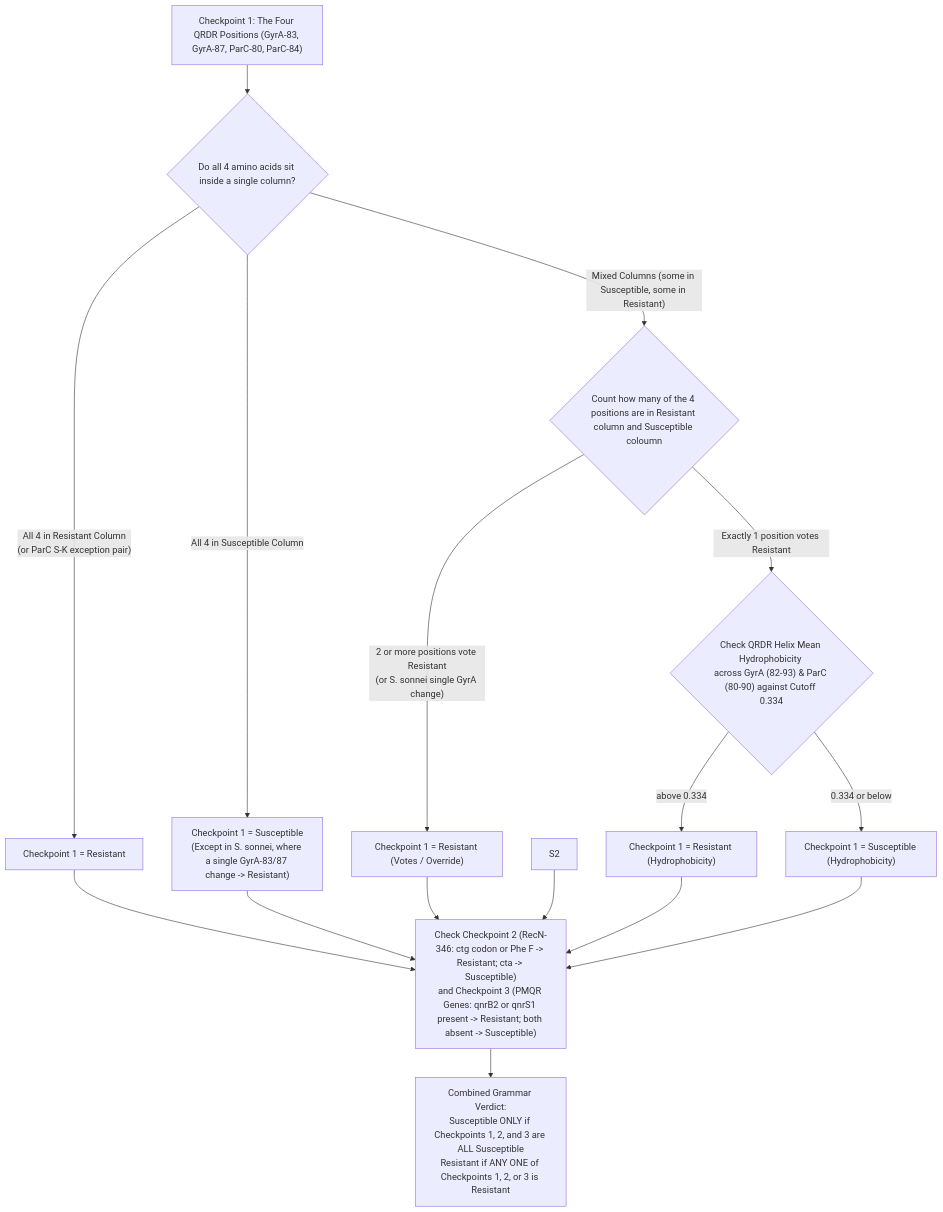
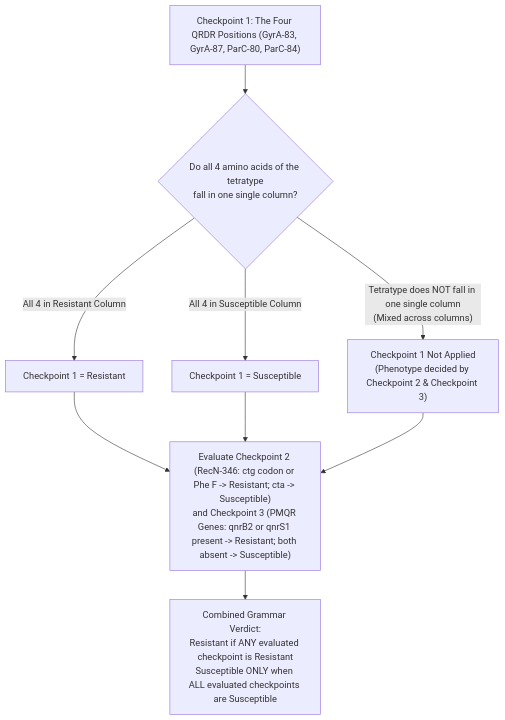
The second of 3 diagrams in readme.md (ikbalsk/Septatyper), drawn with Mermaid before and after one commit. The commit also changed other lines of this file and 1 other file, not shown here.

````diff
--- a/readme.md
+++ b/readme.md
@@ -158,13 +158,9 @@
 ```mermaid
 flowchart TD
-    A["Checkpoint 1: The Four QRDR Positions (GyrA-83, GyrA-87, ParC-80, ParC-84)"] --> B{"Do all 4 amino acids sit inside a single column?"}
-    B -- "All 4 in Resistant Column<br/>(or ParC S-K exception pair)" --> R1["Checkpoint 1 = Resistant"]
-    B -- "All 4 in Susceptible Column" --> S1["Checkpoint 1 = Susceptible<br/>(Except in S. sonnei, where a single GyrA-83/87 change -> Resistant)"]
-    B -- "Mixed Columns (some in Susceptible, some in Resistant)" --> C{"Count how many of the 4 positions are in Resistant column and Susceptible coloumn"}
-    C -- "2 or more positions vote Resistant<br/>(or S. sonnei single GyrA change)" --> R2["Checkpoint 1 = Resistant (Votes / Override)"]
-    C -- "Exactly 1 position votes Resistant" --> D{"Check QRDR Helix Mean Hydrophobicity <H><br/>across GyrA (82-93) & ParC (80-90) against Cutoff 0.334"}
-    D -- "<H> above 0.334" --> R3["Checkpoint 1 = Resistant (Hydrophobicity)"]
-    D -- "<H> 0.334 or below" --> S3["Checkpoint 1 = Susceptible (Hydrophobicity)"]
-    R1 & S1 & R2 & S2 & R3 & S3 --> E["Check Checkpoint 2 (RecN-346: ctg codon or Phe F -> Resistant; cta -> Susceptible)<br/>and Checkpoint 3 (PMQR Genes: qnrB2 or qnrS1 present -> Resistant; both absent -> Susceptible)"]
-    E --> F["Combined Grammar Verdict:<br/>Susceptible ONLY if Checkpoints 1, 2, and 3 are ALL Susceptible<br/>Resistant if ANY ONE of Checkpoints 1, 2, or 3 is Resistant"]
+    A["Checkpoint 1: The Four QRDR Positions (GyrA-83, GyrA-87, ParC-80, ParC-84)"] --> B{"Do all 4 amino acids of the tetratype<br/>fall in one single column?"}
+    B -- "All 4 in Resistant Column" --> R1["Checkpoint 1 = Resistant"]
+    B -- "All 4 in Susceptible Column" --> S1["Checkpoint 1 = Susceptible"]
+    B -- "Tetratype does NOT fall in one single column<br/>(Mixed across columns)" --> N1["Checkpoint 1 Not Applied<br/>(Phenotype decided by Checkpoint 2 & Checkpoint 3)"]
+    R1 & S1 & N1 --> E["Evaluate Checkpoint 2 (RecN-346: ctg codon or Phe F -> Resistant; cta -> Susceptible)<br/>and Checkpoint 3 (PMQR Genes: qnrB2 or qnrS1 present -> Resistant; both absent -> Susceptible)"]
+    E --> F["Combined Grammar Verdict:<br/>Resistant if ANY evaluated checkpoint is Resistant<br/>Susceptible ONLY when ALL evaluated checkpoints are Susceptible"]
 ```
````
